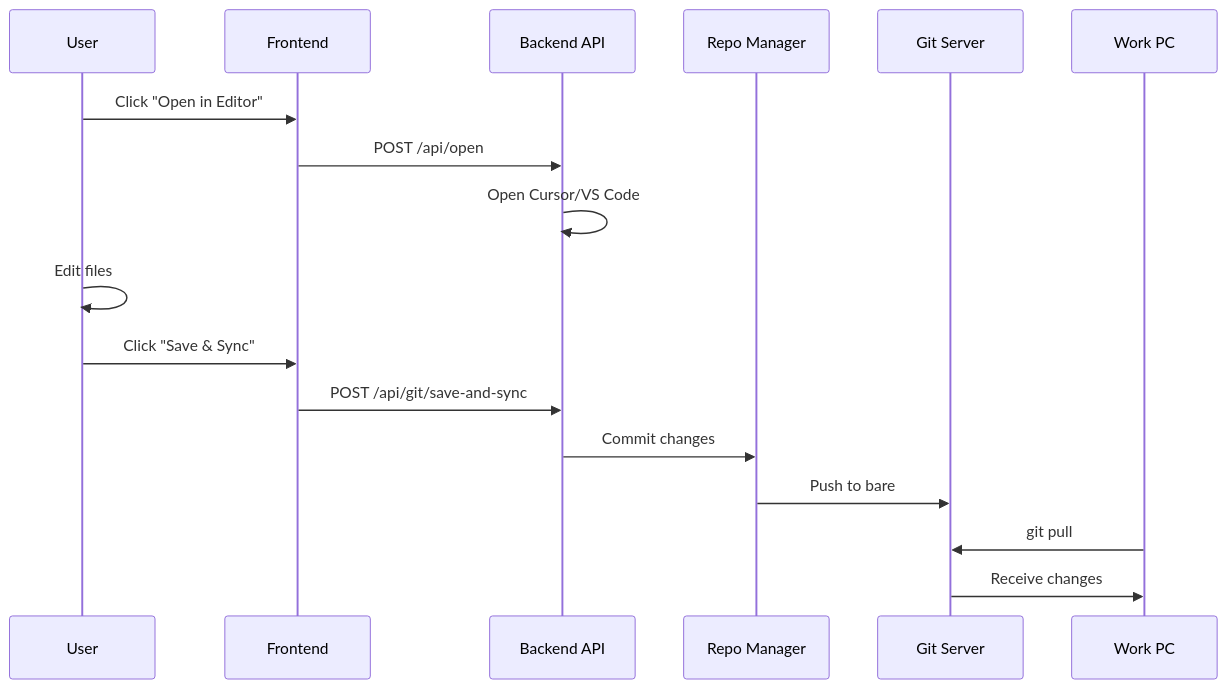
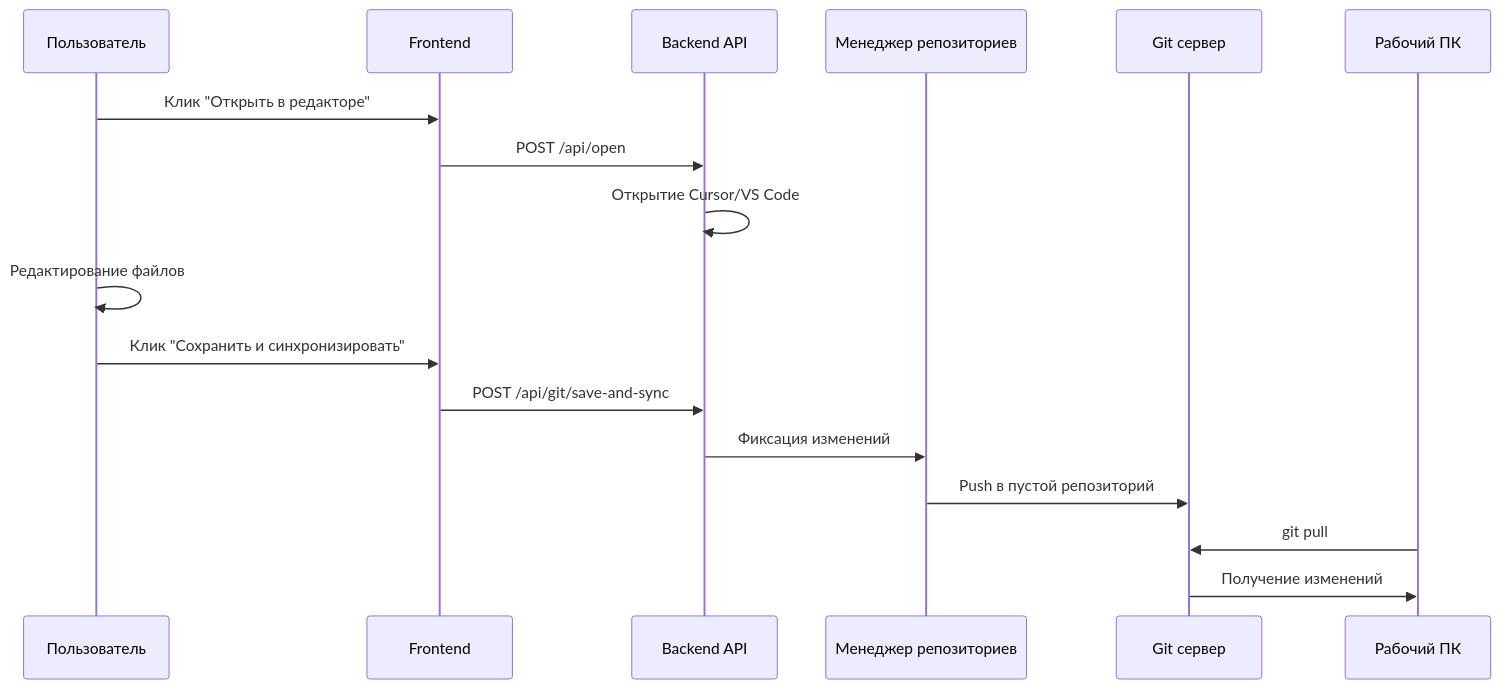
One commit to WhiteBite/LocalGitMirror changed the fourth of 5 diagrams in docs/ARCHITECTURE.md. Above: the diagram before and after it, drawn with Mermaid. The commit also changed other lines of this file and 132 other files, not shown here.

````diff
--- a/docs/ARCHITECTURE.md
+++ b/docs/ARCHITECTURE.md
@@ -215,20 +215,20 @@
 ```mermaid
 sequenceDiagram
-    participant U as User
+    participant U as Пользователь
     participant UI as Frontend
     participant API as Backend API
-    participant R as Repo Manager
-    participant G as Git Server
-    participant W as Work PC
+    participant R as Менеджер репозиториев
+    participant G as Git сервер
+    participant W as Рабочий ПК
     
-    U->>UI: Click "Open in Editor"
+    U->>UI: Клик "Открыть в редакторе"
     UI->>API: POST /api/open
-    API->>API: Open Cursor/VS Code
-    U->>U: Edit files
-    U->>UI: Click "Save & Sync"
+    API->>API: Открытие Cursor/VS Code
+    U->>U: Редактирование файлов
+    U->>UI: Клик "Сохранить и синхронизировать"
     UI->>API: POST /api/git/save-and-sync
-    API->>R: Commit changes
-    R->>G: Push to bare
+    API->>R: Фиксация изменений
+    R->>G: Push в пустой репозиторий
     W->>G: git pull
-    G->>W: Receive changes
+    G->>W: Получение изменений
 ```
````
